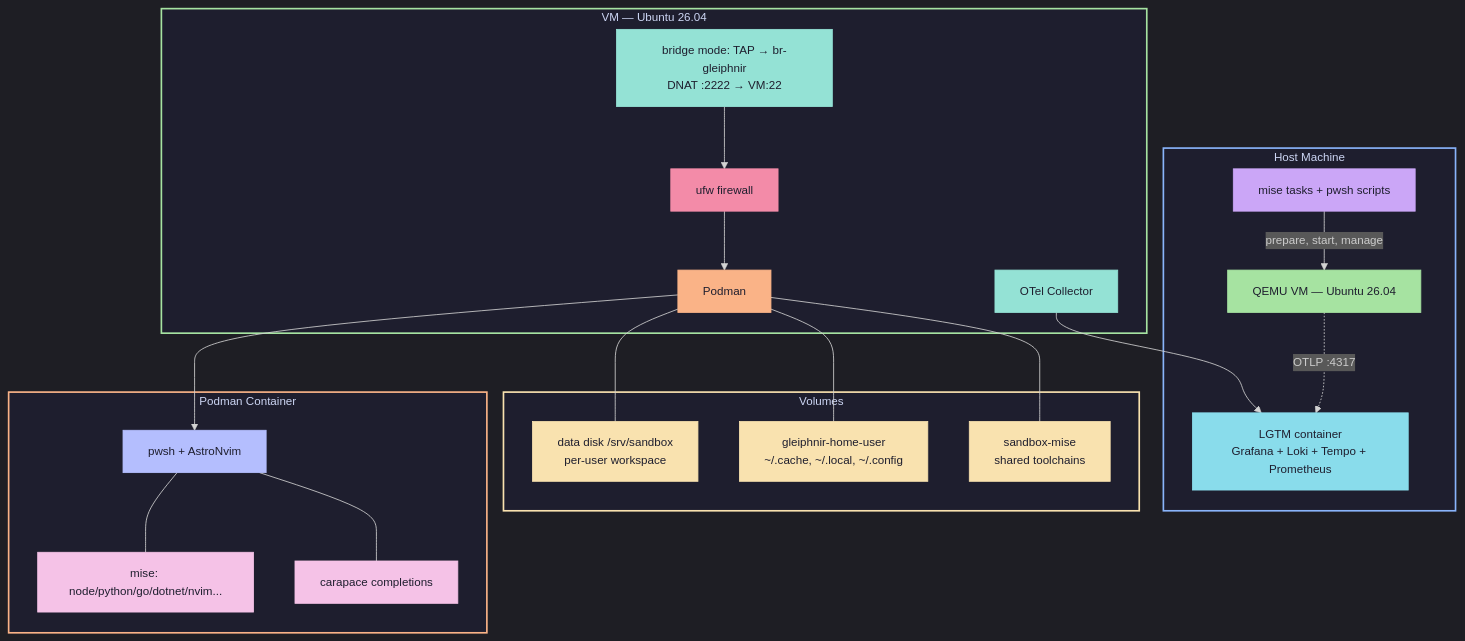
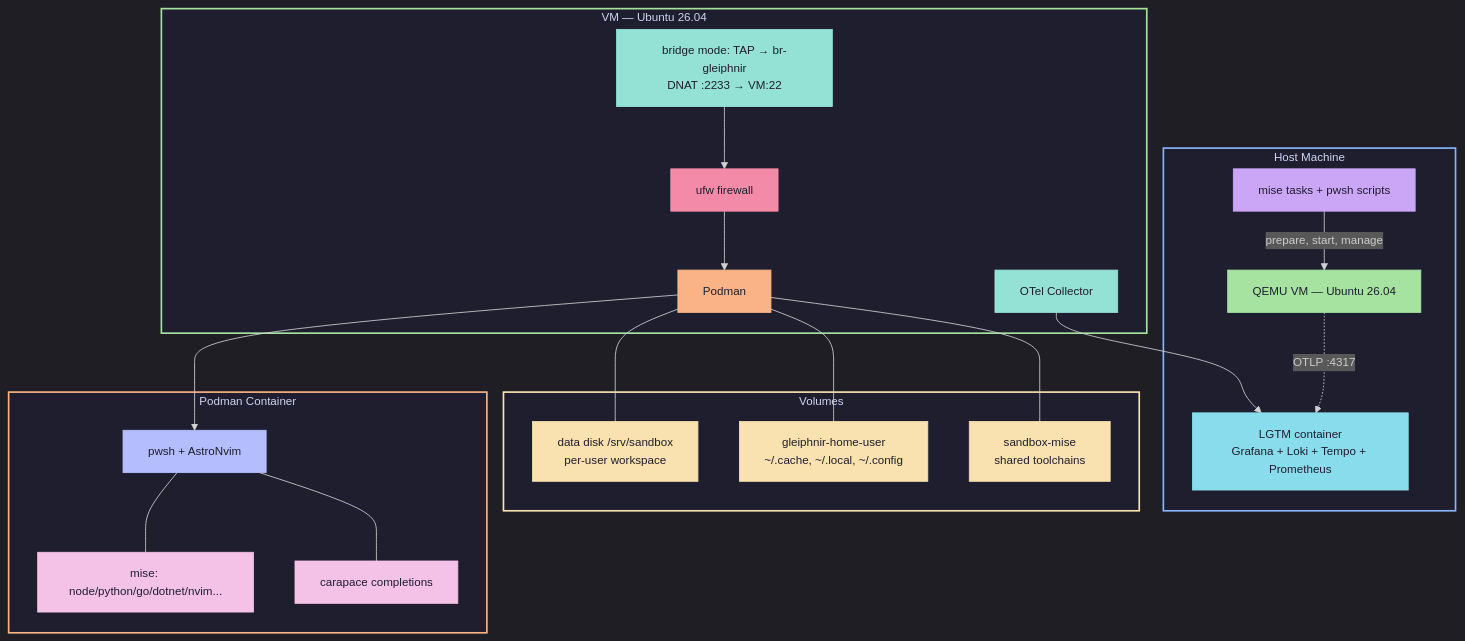
The diagram in README.md (TreeHappy/Gleiphnir), drawn with Mermaid before and after one commit. The commit also changed other lines of this file and 32 other files, not shown here.

````diff
--- a/README.md
+++ b/README.md
@@ -37,73 +29,73 @@
 ```mermaid
 %%{init: {'theme': 'dark', 'themeVariables': { 'fontSize': '14px' }}}%%
 flowchart TB
     subgraph HOST["Host Machine"]
         style HOST fill:#1e1e2e,stroke:#89b4fa,stroke-width:2px,color:#cdd6f4
         
         MISE["mise tasks + pwsh scripts"]
         style MISE fill:#cba6f7,stroke:#cba6f7,color:#1e1e2e
         
         QEMU["QEMU VM — Ubuntu 26.04"]
         style QEMU fill:#a6e3a1,stroke:#a6e3a1,color:#1e1e2e
         
         LGTM["LGTM container<br/>Grafana + Loki + Tempo + Prometheus"]
         style LGTM fill:#89dceb,stroke:#89dceb,color:#1e1e2e
         
         MISE -->|"prepare, start, manage"| QEMU
         QEMU -.->|"OTLP :4317"| LGTM
     end
     
     subgraph VM["VM — Ubuntu 26.04"]
         style VM fill:#1e1e2e,stroke:#a6e3a1,stroke-width:2px,color:#cdd6f4
         
         UFW["ufw firewall"]
         style UFW fill:#f38ba8,stroke:#f38ba8,color:#1e1e2e
         
-        BRIDGE["bridge mode: TAP → br-gleiphnir<br/>DNAT :2222 → VM:22"]
+        BRIDGE["bridge mode: TAP → br-gleiphnir<br/>DNAT :2233 → VM:22"]
         style BRIDGE fill:#94e2d5,stroke:#94e2d5,color:#1e1e2e
         
         PODMAN["Podman"]
         style PODMAN fill:#fab387,stroke:#fab387,color:#1e1e2e
         
         OTEL["OTel Collector"]
         style OTEL fill:#94e2d5,stroke:#94e2d5,color:#1e1e2e
         
         BRIDGE --> UFW
         UFW --> PODMAN
         OTEL --> LGTM
     end
     
     subgraph CONTAINER["Podman Container"]
         style CONTAINER fill:#1e1e2e,stroke:#fab387,stroke-width:2px,color:#cdd6f4
         
         PWSH["pwsh + AstroNvim"]
         style PWSH fill:#b4befe,stroke:#b4befe,color:#1e1e2e
         
         MISE_TOOLS["mise: node/python/go/dotnet/nvim..."]
         style MISE_TOOLS fill:#f5c2e7,stroke:#f5c2e7,color:#1e1e2e
         
         CARAPACE["carapace completions"]
         style CARAPACE fill:#f5c2e7,stroke:#f5c2e7,color:#1e1e2e
         
         PWSH --- MISE_TOOLS
         PWSH --- CARAPACE
     end
     
     subgraph VOLUMES["Volumes"]
         style VOLUMES fill:#1e1e2e,stroke:#f9e2af,stroke-width:2px,color:#cdd6f4
         
         DATA["data disk /srv/sandbox<br/>per-user workspace"]
         style DATA fill:#f9e2af,stroke:#f9e2af,color:#1e1e2e
         
         HOME_VOL["gleiphnir-home-user<br/>~/.cache, ~/.local, ~/.config"]
         style HOME_VOL fill:#f9e2af,stroke:#f9e2af,color:#1e1e2e
         
         MISE_VOL["sandbox-mise<br/>shared toolchains"]
         style MISE_VOL fill:#f9e2af,stroke:#f9e2af,color:#1e1e2e
     end
     
     PODMAN --> PWSH
     PODMAN --- DATA
     PODMAN --- HOME_VOL
     PODMAN --- MISE_VOL
 ```
````
